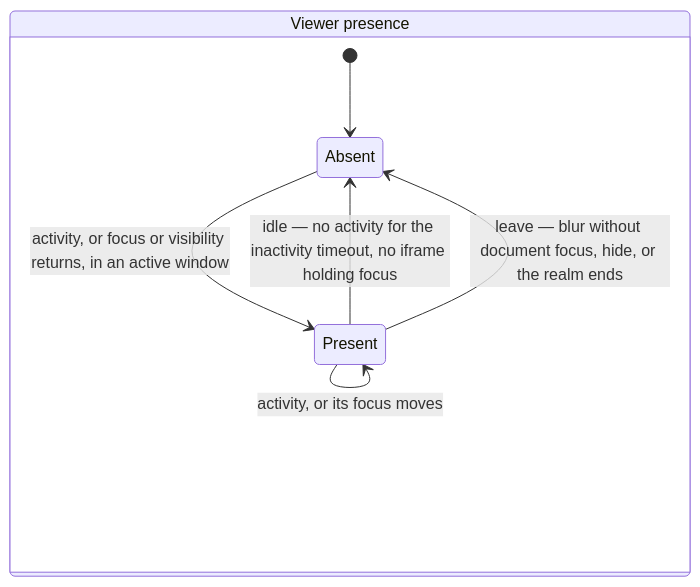
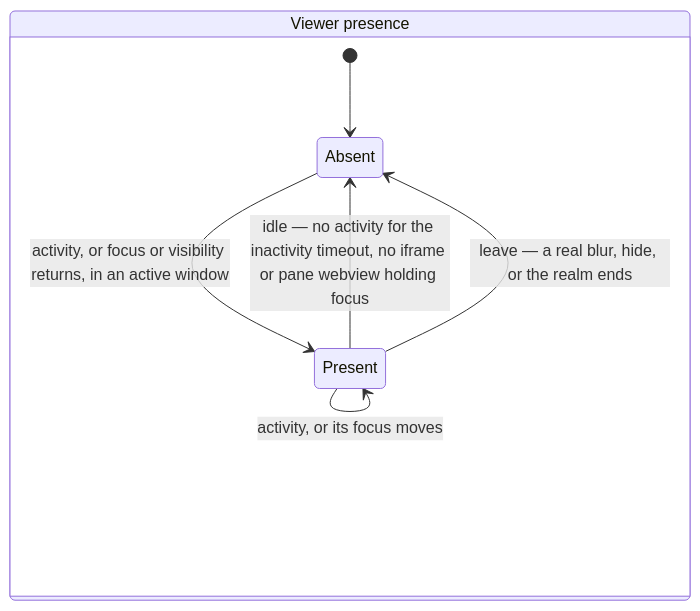
The third of 16 diagrams in docs/specs/alert.md (diffplug/dormouse), drawn with Mermaid before and after one commit. The commit also changed other lines of this file and 15 other files, not shown here.

First line of the commit message:
Promote the pane webview's first stage in the specs

````diff
--- a/docs/specs/alert.md
+++ b/docs/specs/alert.md
@@ -154,10 +154,10 @@
 ```mermaid
 stateDiagram-v2
   state "Viewer presence" as Viewer {
     [*] --> Absent
     Absent --> Present: activity, or focus or visibility returns, in an active window
     Present --> Present: activity, or its focus moves
-    Present --> Absent: idle — no activity for the inactivity timeout, no iframe holding focus
-    Present --> Absent: leave — blur without document focus, hide, or the realm ends
+    Present --> Absent: idle — no activity for the inactivity timeout, no iframe or pane webview holding focus
+    Present --> Absent: leave — a real blur, hide, or the realm ends
   }
 ```
````
